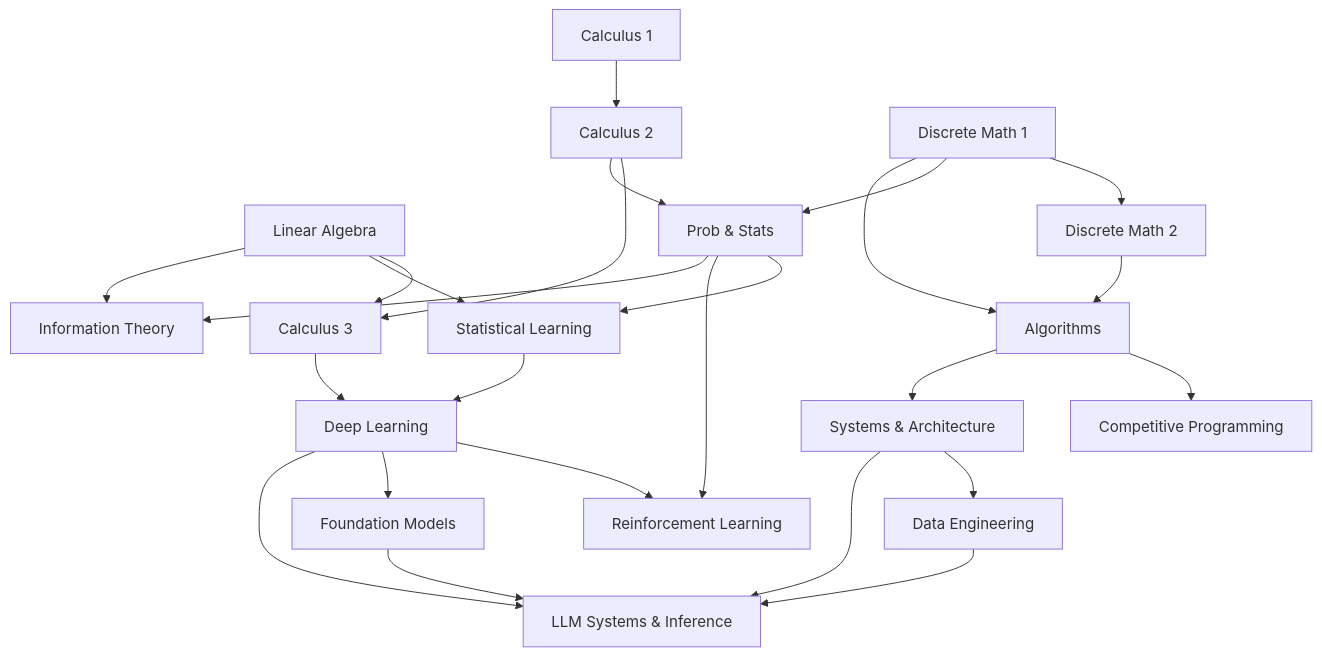
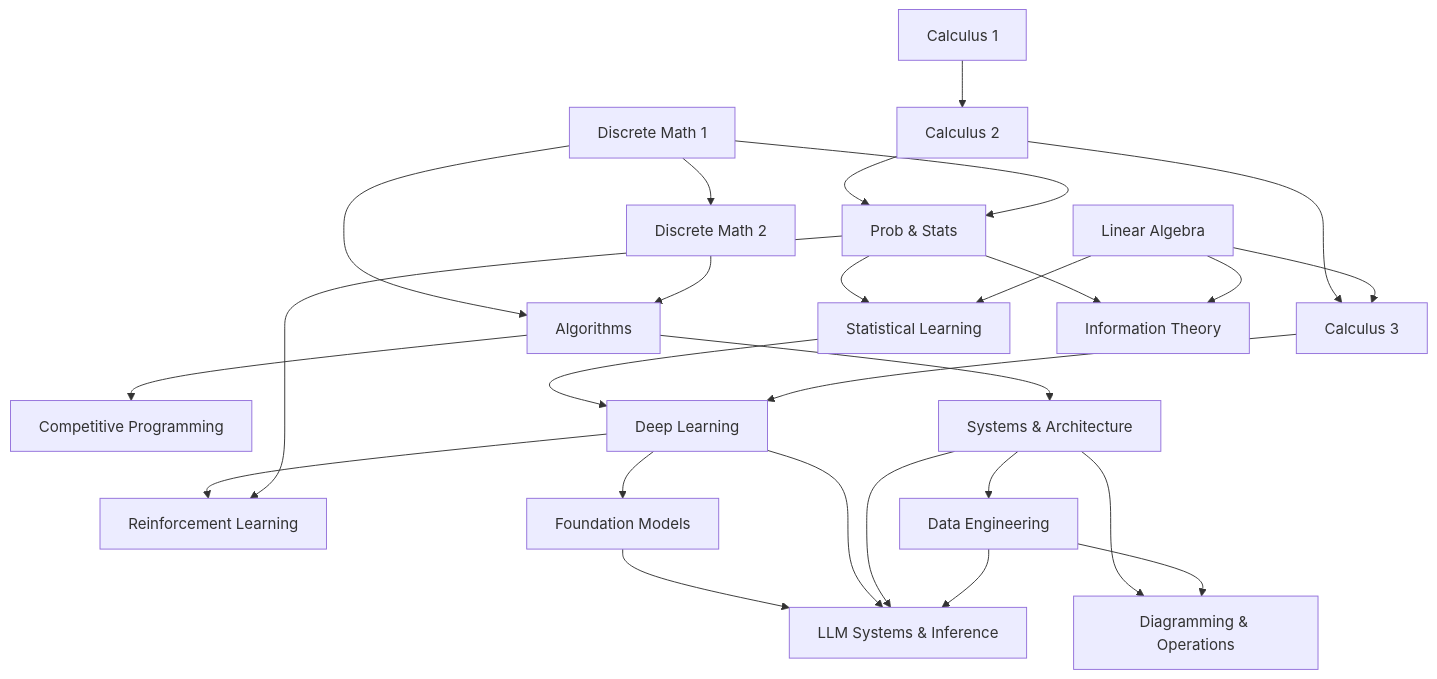
One commit to urmzd/supersource changed the diagram in README.md. Above: the diagram before and after it, drawn with Mermaid. The commit also changed other lines of this file and 25 other files, not shown here.

First line of the commit message:
docs: add Diagramming & Operations track

````diff
--- a/README.md
+++ b/README.md
@@ -115,31 +116,34 @@
 ```mermaid
 graph TD
     C1[Calculus 1] --> C2[Calculus 2]
     C2 --> C3[Calculus 3]
     LA[Linear Algebra] --> C3
     D1[Discrete Math 1] --> D2[Discrete Math 2]
     C2 --> PS[Prob & Stats]
     D1 --> PS
 
     D1 --> ALG[Algorithms]
     D2 --> ALG
     ALG --> CP[Competitive Programming]
 
     PS --> SL[Statistical Learning]
     LA --> SL
     SL --> DL[Deep Learning]
     C3 --> DL
     DL --> RL[Reinforcement Learning]
     PS --> RL
     DL --> FM[Foundation Models]
 
     PS --> IT[Information Theory]
     LA --> IT
 
     ALG --> SYS[Systems & Architecture]
     SYS --> DE[Data Engineering]
     FM --> LLM[LLM Systems & Inference]
     DL --> LLM
     SYS --> LLM
     DE --> LLM
+
+    SYS --> DGO[Diagramming & Operations]
+    DE --> DGO
 ```
````
